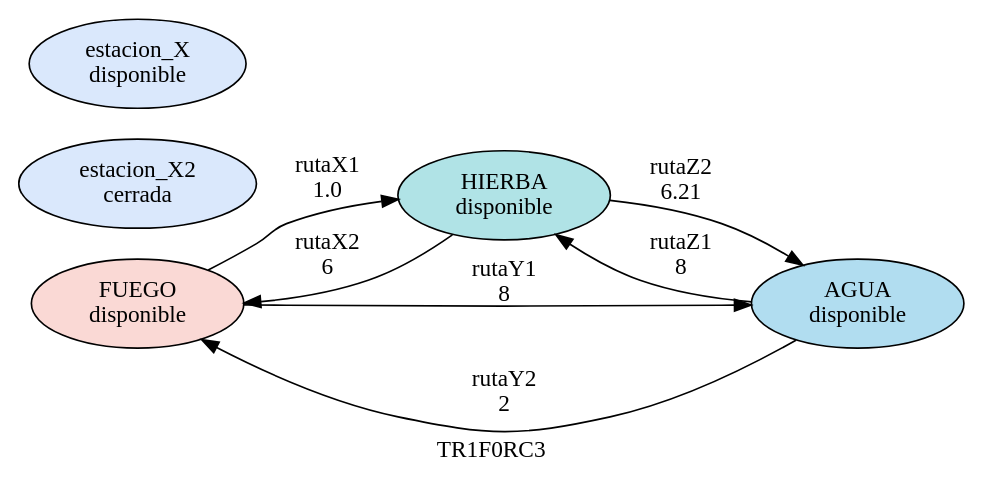
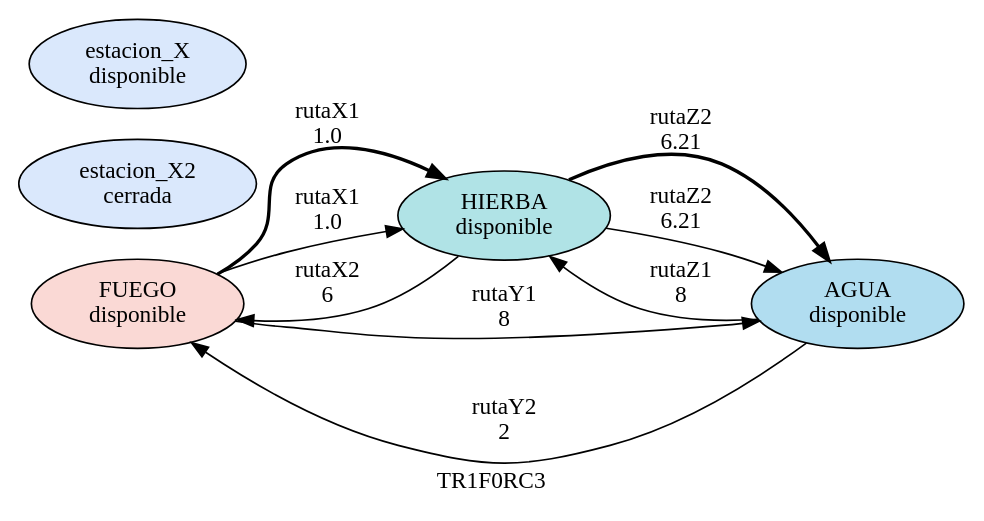
One commit to ErickMayorgaR/LFP-Proyecto1-201901758 changed the diagram in Proyecto1/Prueba.dot. Above: the diagram before and after it, drawn with Graphviz. The commit also changed 6 other files, not shown here.

```diff
--- a/Proyecto1/Prueba.dot
+++ b/Proyecto1/Prueba.dot
@@ -1,25 +1,38 @@
 digraph D {
 rankdir= LR
-FUEGO[label = "FUEGO
+fuego[label = "FUEGO
 disponible"  style=filled fillcolor= "#fad9d5"]
-HIERBA[label = "HIERBA
+hierba[label = "HIERBA
 disponible"  style=filled fillcolor= "#b0e3e6"]
-AGUA[label = "AGUA
+agua[label = "AGUA
 disponible"  style=filled fillcolor= "#b1ddf0"]
-estacion_X2[label = "estacion_X2
+agua[label = "AGUA
+disponible"  style=filled fillcolor= "#b1ddf0"]
+fuego[label = "FUEGO
+disponible"  style=filled fillcolor= "#fad9d5"]
+hierba[label = "HIERBA
+disponible"  style=filled fillcolor= "#b0e3e6"]
+agua[label = "AGUA
+disponible"  style=filled fillcolor= "#b1ddf0"]
+estacion_x2[label = "estacion_X2
 cerrada " style=filled fillcolor= "#dae8fc"]
-estacion_X[label = "estacion_X
+estacion_x[label = "estacion_X
 disponible"  style=filled fillcolor= "#dae8fc"]
-FUEGO->HIERBA[label ="rutaX1
+fuego->hierba[label ="rutaX1
+1.0" style = bold ]
+hierba->agua[label ="rutaZ2
+6.21" style = bold  ]
+fuego->hierba[label ="rutaX1
 1.0 "]
-HIERBA->FUEGO[label ="rutaX2
+hierba->fuego[label ="rutaX2
 6 "]
-HIERBA->AGUA[label ="rutaZ2
+hierba->agua[label ="rutaZ2
 6.21 "]
-AGUA->HIERBA[label ="rutaZ1
+agua->hierba[label ="rutaZ1
 8 "]
-AGUA->FUEGO[label ="rutaY2
+agua->fuego[label ="rutaY2
 2 "]
-FUEGO->AGUA[label ="rutaY1
+fuego->agua[label ="rutaY1
 8 "]
-label = "TR1F0RC3" ;}
+label = "TR1F0RC3" ;
+}
```
